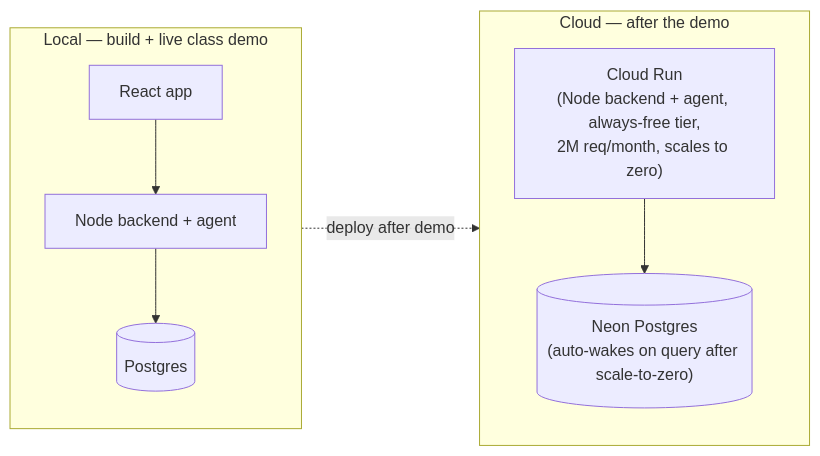
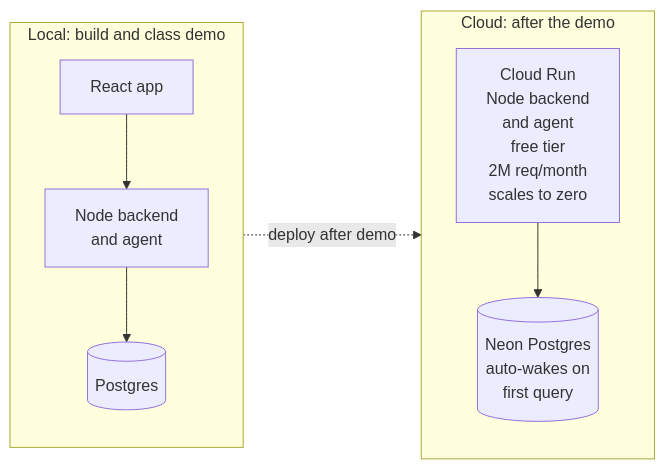
One commit to alinalein/second-income-coach changed the fifth of 5 diagrams in _bmad-output/planning-artifacts/architecture/architecture-p_3-2026-11-13/ARCHITECTURE-SPINE.md. Above: the diagram before and after it, drawn with Mermaid. The commit also changed other lines of this file and 6 other files, not shown here.

Commit message:
docs: README restructure, technical rationale, known weaknesses, spine diagrams; refreshed eval results

````diff
--- a/_bmad-output/planning-artifacts/architecture/architecture-p_3-2026-11-13/ARCHITECTURE-SPINE.md
+++ b/_bmad-output/planning-artifacts/architecture/architecture-p_3-2026-11-13/ARCHITECTURE-SPINE.md
@@ -119,15 +172,15 @@
 ```mermaid
 flowchart LR
-    subgraph Local["Local — build + live class demo"]
+    subgraph Local["Local: build and class demo"]
         FE1["React app"]
-        BE1["Node backend + agent"]
+        BE1["Node backend<br/>and agent"]
         PG1[("Postgres")]
     end
-    subgraph Cloud["Cloud — after the demo"]
-        CR["Cloud Run\n(Node backend + agent, always-free tier,\n2M req/month, scales to zero)"]
-        NEON[("Neon Postgres\n(auto-wakes on query after scale-to-zero)")]
+    subgraph Cloud["Cloud: after the demo"]
+        CR["Cloud Run<br/>Node backend<br/>and agent<br/>free tier<br/>2M req/month<br/>scales to zero"]
+        NEON[("Neon Postgres<br/>auto-wakes on<br/>first query")]
     end
     FE1 --> BE1 --> PG1
     CR --> NEON
     Local -. deploy after demo .-> Cloud
 ```
````
